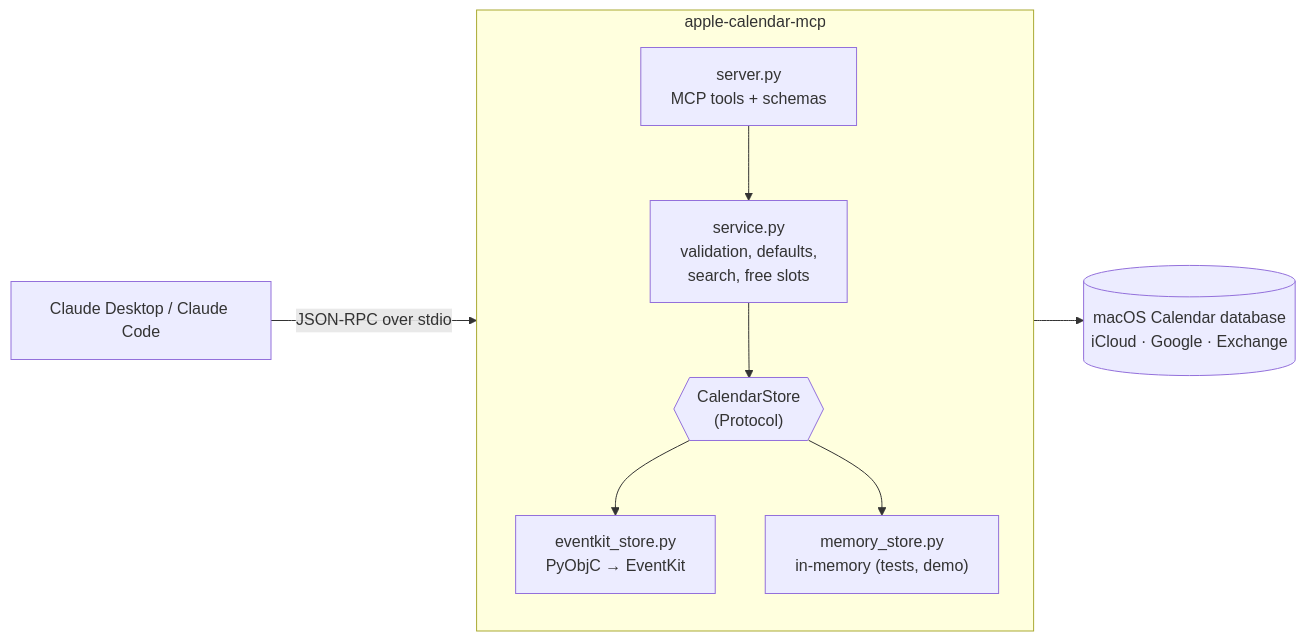
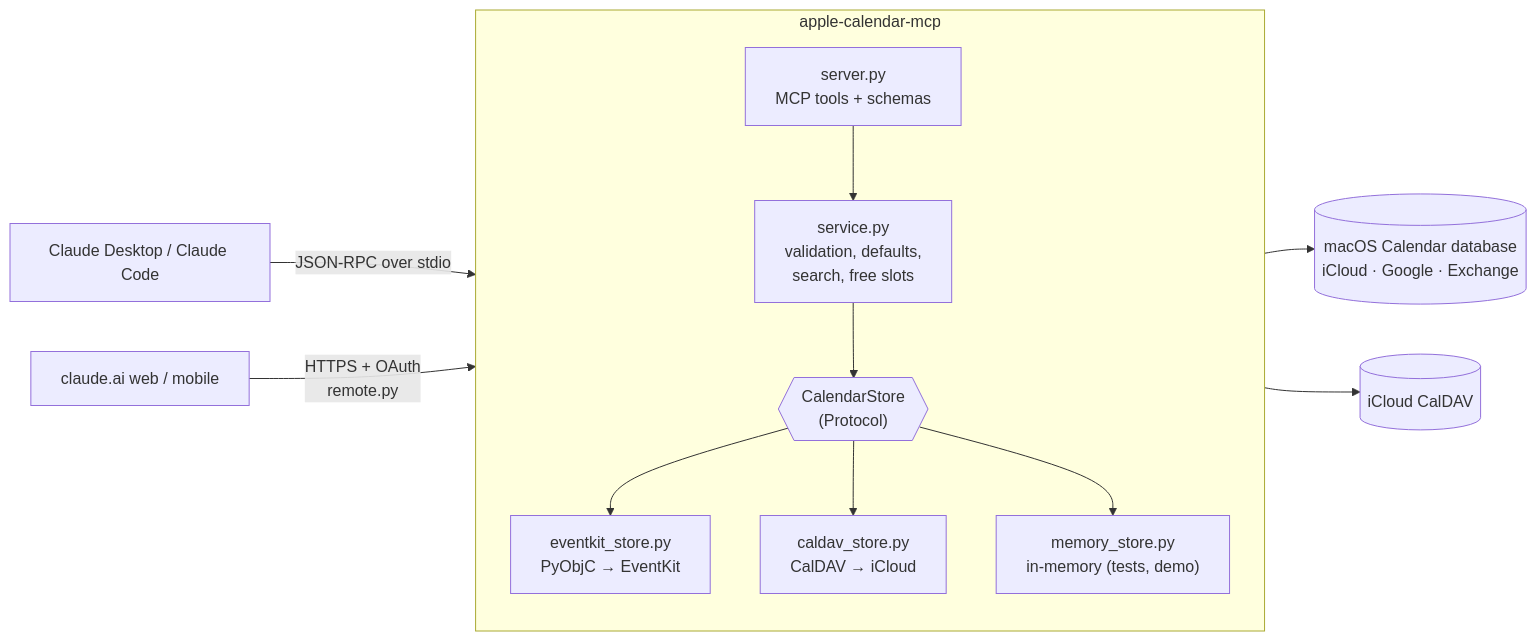
The first of 2 diagrams in README.md (oguz-kagan-gocmez-edu/apple-calendar-mcp), drawn with Mermaid before and after one commit. The commit also changed other lines of this file and 15 other files, not shown here.

First line of the commit message:
Add remote connector: iCloud over CalDAV, served over HTTP with OAuth

````diff
--- a/README.md
+++ b/README.md
@@ -41,12 +43,15 @@
 ```mermaid
 flowchart LR
     C[Claude Desktop / Claude Code] -- "JSON-RPC over stdio" --> S
     subgraph S [apple-calendar-mcp]
         direction TB
         T["server.py<br/>MCP tools + schemas"] --> V["service.py<br/>validation, defaults,<br/>search, free slots"]
         V --> P{{"CalendarStore<br/>(Protocol)"}}
         P --> EK["eventkit_store.py<br/>PyObjC → EventKit"]
+        P --> CD["caldav_store.py<br/>CalDAV → iCloud"]
         P --> M["memory_store.py<br/>in-memory (tests, demo)"]
     end
     EK --> DB[(macOS Calendar database<br/>iCloud · Google · Exchange)]
+    W[claude.ai web / mobile] -- "HTTPS + OAuth<br/>remote.py" --> S
+    CD --> IC[(iCloud CalDAV)]
 ```
````
